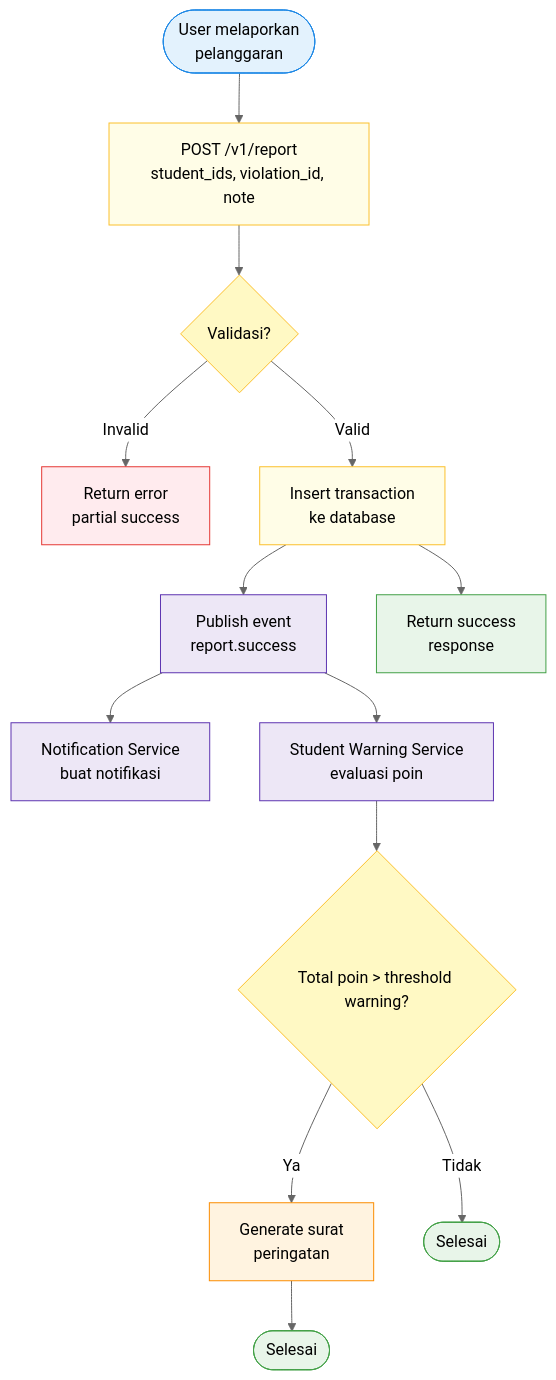
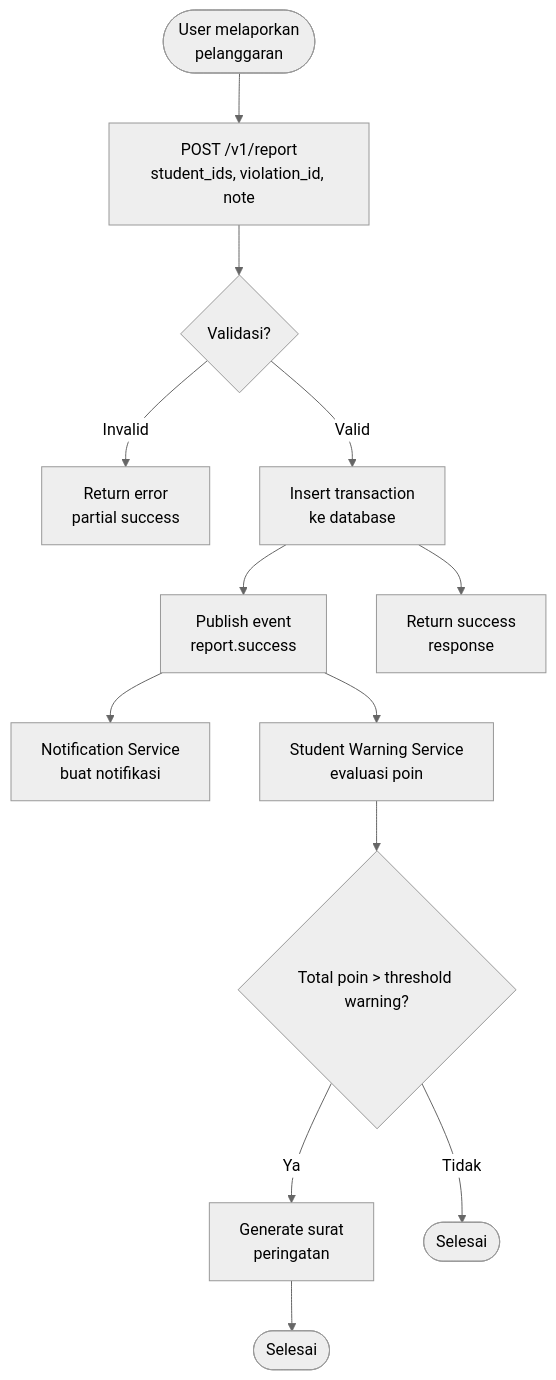
One commit to codespacedev4/Documentation-Sipresi changed the fourth of 6 diagrams in README.md. Above: the diagram before and after it, drawn with Mermaid (neutral theme). The commit also changed other lines of this file, not shown here.

````diff
--- a/README.md
+++ b/README.md
@@ -140,32 +140,18 @@
 ```mermaid
 flowchart TD
     Start([User melaporkan\npelanggaran]) --> Input[POST /v1/report\nstudent_ids, violation_id, note]
     Input --> Validate{Validasi?}
     Validate -->|Invalid| Error[Return error\npartial success]
     Validate -->|Valid| Insert[Insert transaction\nke database]
     Insert --> Publish[Publish event\nreport.success]
     Insert --> Response[Return success\nresponse]
 
     Publish --> Notify[Notification Service\nbuat notifikasi]
     Publish --> Warning[Student Warning Service\nevaluasi poin]
 
     Warning --> Check{Total poin > threshold warning?}
     Check -->|Ya| Generate[Generate surat\nperingatan]
     Check -->|Tidak| End1([Selesai])
     Generate --> End2([Selesai])
 
-    %% Coloring
-    style Start fill:#e3f2fd,stroke:#1e88e5
-    style Input fill:#fffde7,stroke:#fbc02d
-    style Validate fill:#fff9c4,stroke:#fbc02d
-    style Insert fill:#fffde7,stroke:#fbc02d
-    style Publish fill:#ede7f6,stroke:#5e35b1
-    style Notify fill:#ede7f6,stroke:#5e35b1
-    style Warning fill:#ede7f6,stroke:#5e35b1
-    style Check fill:#fff9c4,stroke:#fbc02d
-    style Generate fill:#fff3e0,stroke:#fb8c00
-    style Response fill:#e8f5e9,stroke:#43a047
-    style End1 fill:#e8f5e9,stroke:#43a047
-    style End2 fill:#e8f5e9,stroke:#43a047
-    style Error fill:#ffebee,stroke:#e53935
 ```
````
